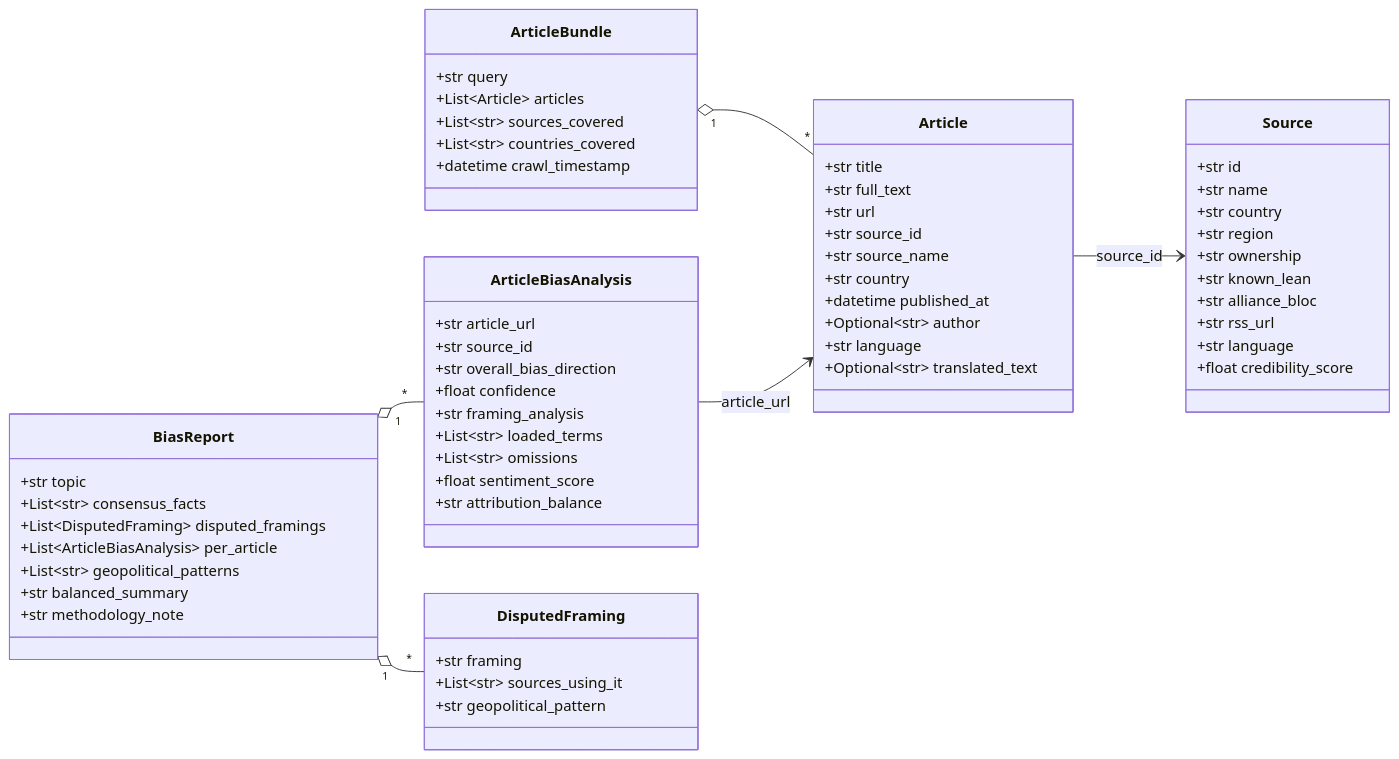
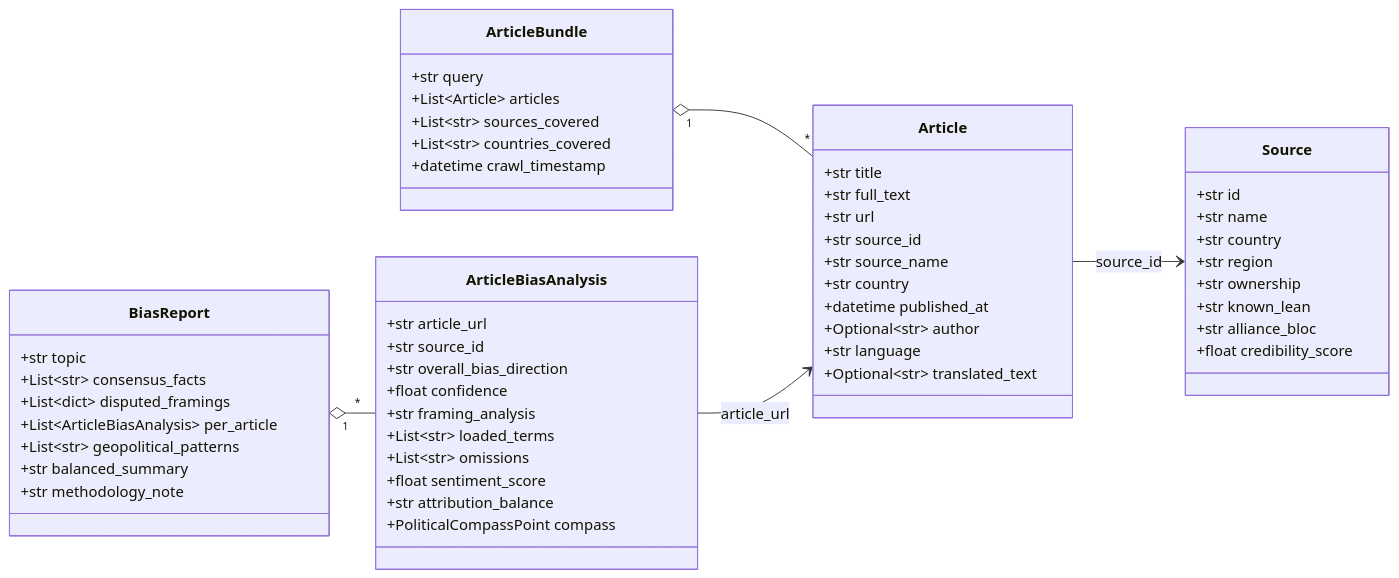
One commit to floron1337/the-lighthouse-project changed the second of 5 diagrams in docs/ARCHITECTURE_UML.md. Above: the diagram before and after it, drawn with Mermaid. The commit also changed other lines of this file and 6 other files, not shown here.

Commit message:
added arhitecture diagrams

````diff
--- a/docs/ARCHITECTURE_UML.md
+++ b/docs/ARCHITECTURE_UML.md
@@ -74,72 +77,64 @@
 ```mermaid
 classDiagram
   direction LR
 
   class Article {
     +str title
     +str full_text
     +str url
     +str source_id
     +str source_name
     +str country
     +datetime published_at
     +Optional~str~ author
     +str language
     +Optional~str~ translated_text
   }
 
   class ArticleBundle {
     +str query
     +List~Article~ articles
     +List~str~ sources_covered
     +List~str~ countries_covered
     +datetime crawl_timestamp
   }
 
   class Source {
     +str id
     +str name
     +str country
     +str region
     +str ownership
     +str known_lean
     +str alliance_bloc
-    +str rss_url
-    +str language
     +float credibility_score
   }
 
   class ArticleBiasAnalysis {
     +str article_url
     +str source_id
     +str overall_bias_direction
     +float confidence
     +str framing_analysis
     +List~str~ loaded_terms
     +List~str~ omissions
     +float sentiment_score
     +str attribution_balance
-  }
-
-  class DisputedFraming {
-    +str framing
-    +List~str~ sources_using_it
-    +str geopolitical_pattern
+    +PoliticalCompassPoint compass
   }
 
   class BiasReport {
     +str topic
     +List~str~ consensus_facts
-    +List~DisputedFraming~ disputed_framings
+    +List~dict~ disputed_framings
     +List~ArticleBiasAnalysis~ per_article
     +List~str~ geopolitical_patterns
     +str balanced_summary
     +str methodology_note
   }
 
   ArticleBundle "1" o-- "*" Article
   Article --> Source : source_id
   BiasReport "1" o-- "*" ArticleBiasAnalysis
-  BiasReport "1" o-- "*" DisputedFraming
   ArticleBiasAnalysis --> Article : article_url
 ```
````
